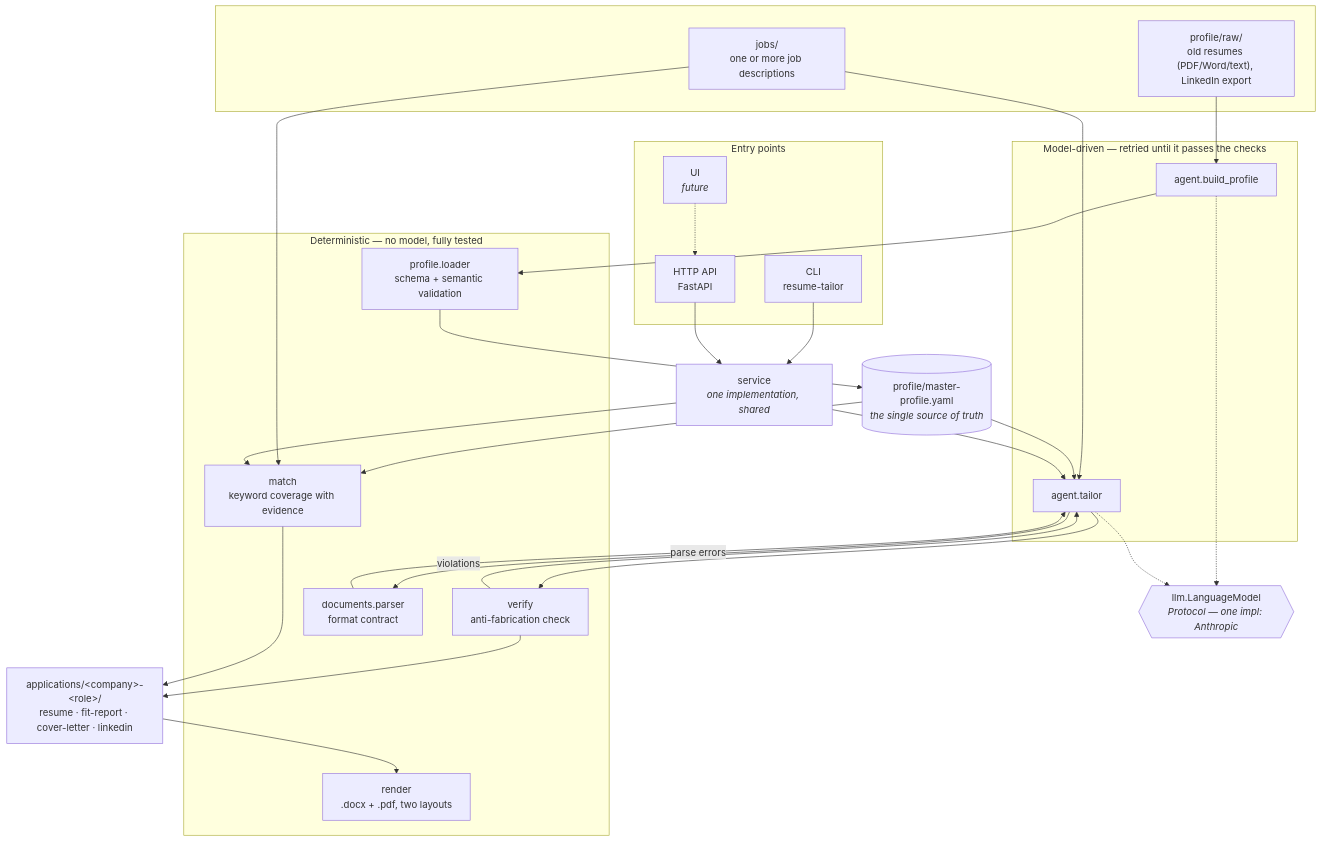
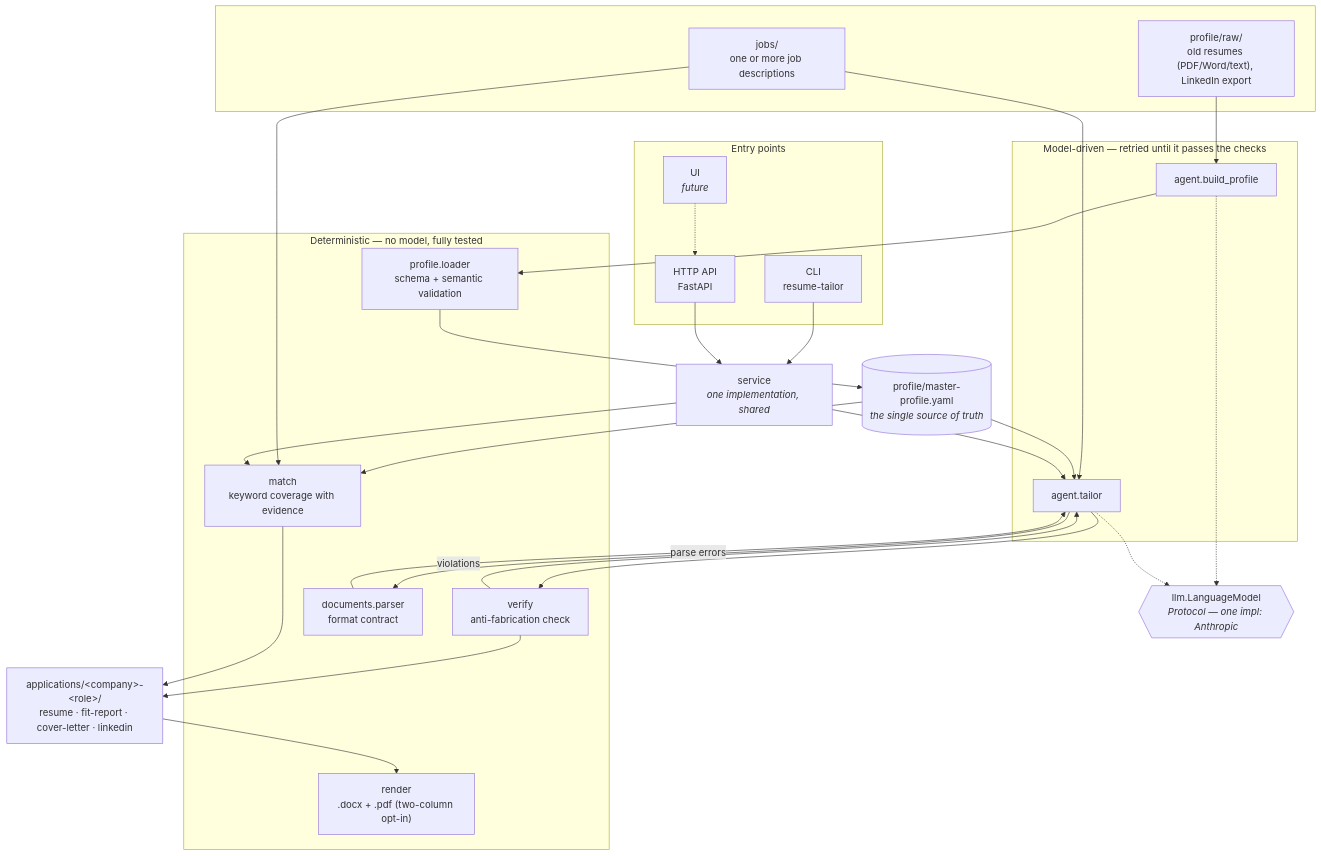
Before and after one commit to Joel-OConnor/Resume-Tailor: the diagram in reference/ARCHITECTURE.md, drawn with Mermaid. The commit also changed 40 other files, not shown here.

````diff
--- a/reference/ARCHITECTURE.md
+++ b/reference/ARCHITECTURE.md
@@ -7,53 +7,53 @@
 ```mermaid
 flowchart TB
     subgraph inputs [" "]
         raw["profile/raw/<br/>old resumes (PDF/Word/text), LinkedIn export"]
         jd["jobs/<br/>one or more job descriptions"]
     end
 
     yaml[("profile/master-profile.yaml<br/><i>the single source of truth</i>")]
 
     subgraph det ["Deterministic — no model, fully tested"]
         loader["profile.loader<br/>schema + semantic validation"]
         match["match<br/>keyword coverage with evidence"]
         verify["verify<br/>anti-fabrication check"]
         docs["documents.parser<br/>format contract"]
-        render["render<br/>.docx + .pdf, two layouts"]
+        render["render<br/>.docx + .pdf (two-column opt-in)"]
     end
 
     subgraph agentic ["Model-driven — retried until it passes the checks"]
         build["agent.build_profile"]
         tailor["agent.tailor"]
     end
 
     llm{{"llm.LanguageModel<br/><i>Protocol — one impl: Anthropic</i>"}}
 
     raw --> build --> loader --> yaml
     jd --> tailor
     yaml --> tailor
     yaml --> match
     jd --> match
     build -.-> llm
     tailor -.-> llm
     tailor --> docs
     tailor --> verify
     verify -- "violations" --> tailor
     docs -- "parse errors" --> tailor
     verify --> out
     match --> out
 
     out["applications/&lt;company&gt;-&lt;role&gt;/<br/>resume · fit-report · cover-letter · linkedin"]
     out --> render
 
     subgraph surfaces ["Entry points"]
         cli["CLI<br/>resume-tailor"]
         api["HTTP API<br/>FastAPI"]
         ui["UI<br/><i>future</i>"]
     end
 
     cli --> service
     api --> service
     ui -.-> api
     service["service<br/><i>one implementation, shared</i>"] --> tailor
     service --> match
 ```
````
